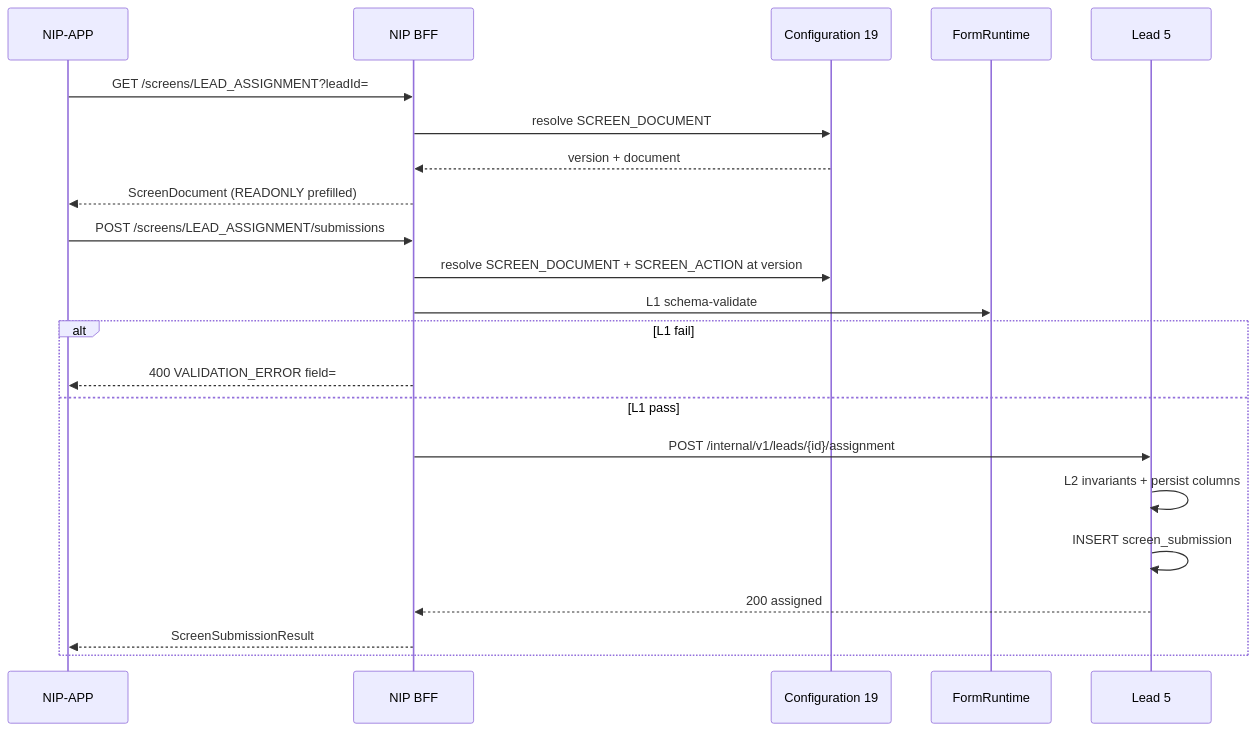
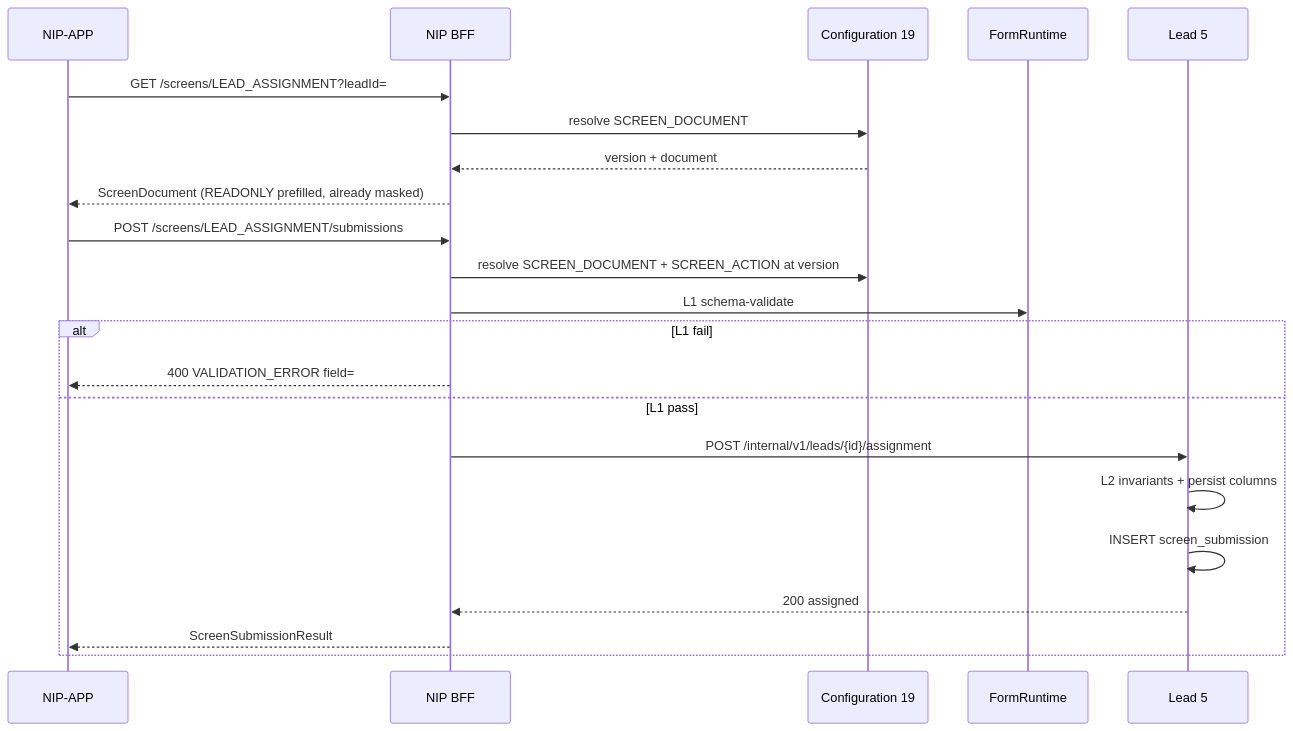
Before and after one commit to Mahesh38/bank-insurance-platform: the diagram in docs/platform/ws3-platform/11-nip-bff-screen-runtime.md, drawn with Mermaid. The commit also changed other lines of this file and 11 other files, not shown here.

````diff
--- a/docs/platform/ws3-platform/11-nip-bff-screen-runtime.md
+++ b/docs/platform/ws3-platform/11-nip-bff-screen-runtime.md
@@ -295,26 +298,26 @@
 ```mermaid
 sequenceDiagram
     participant App as NIP-APP
     participant BFF as NIP BFF
     participant Cfg as Configuration 19
     participant Lib as FormRuntime
     participant Lead as Lead 5
 
     App->>BFF: GET /screens/LEAD_ASSIGNMENT?leadId=
     BFF->>Cfg: resolve SCREEN_DOCUMENT
     Cfg-->>BFF: version + document
-    BFF-->>App: ScreenDocument (READONLY prefilled)
+    BFF-->>App: ScreenDocument (READONLY prefilled, already masked)
 
     App->>BFF: POST /screens/LEAD_ASSIGNMENT/submissions
     BFF->>Cfg: resolve SCREEN_DOCUMENT + SCREEN_ACTION at version
     BFF->>Lib: L1 schema-validate
     alt L1 fail
         BFF-->>App: 400 VALIDATION_ERROR field=
     else L1 pass
         BFF->>Lead: POST /internal/v1/leads/{id}/assignment
         Lead->>Lead: L2 invariants + persist columns
         Lead->>Lead: INSERT screen_submission
         Lead-->>BFF: 200 assigned
         BFF-->>App: ScreenSubmissionResult
     end
 ```
````
